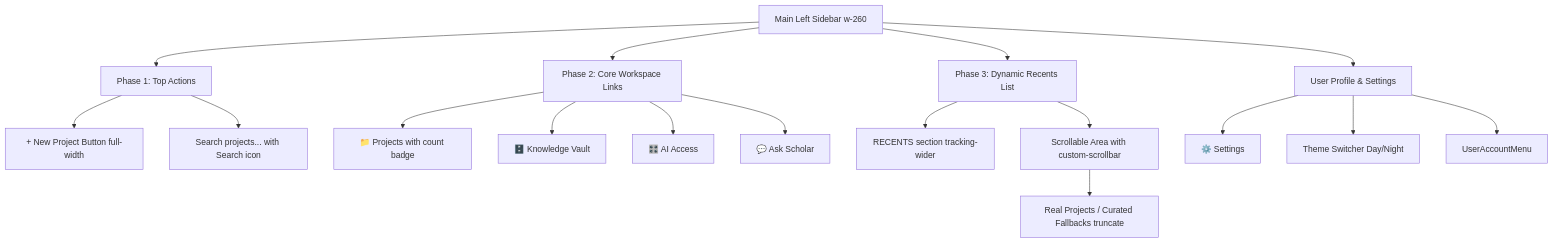
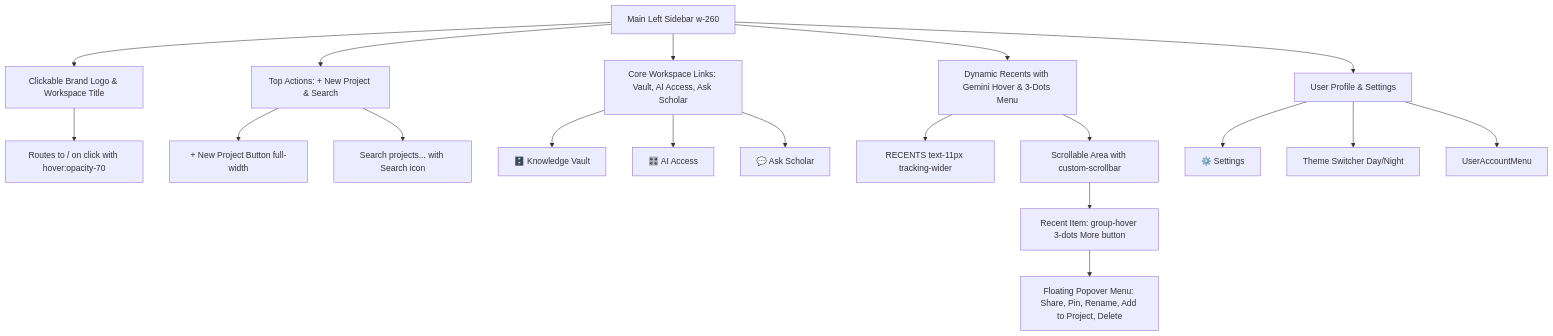
One commit to docgovinda-glitch/scholar-agentic-os changed the second of 2 diagrams in docs/ACCOUNT_SETTINGS_AND_NAVIGATION.md. Above: the diagram before and after it, drawn with Mermaid. The commit also changed other lines of this file and 10 other files, not shown here.

Commit message:
feat(sidebar): Gemini-style Recents hover menu, typography refinement, and clickable brand logo

````diff
--- a/docs/ACCOUNT_SETTINGS_AND_NAVIGATION.md
+++ b/docs/ACCOUNT_SETTINGS_AND_NAVIGATION.md
@@ -99,23 +99,25 @@
 ```mermaid
 graph TD
-    Sidebar[Main Left Sidebar w-260] --> TopActions[Phase 1: Top Actions]
-    Sidebar --> Library[Phase 2: Core Workspace Links]
-    Sidebar --> Recents[Phase 3: Dynamic Recents List]
+    Sidebar[Main Left Sidebar w-260] --> HeaderBrand[Clickable Brand Logo & Workspace Title]
+    Sidebar --> TopActions[Top Actions: + New Project & Search]
+    Sidebar --> Library[Core Workspace Links: Vault, AI Access, Ask Scholar]
+    Sidebar --> Recents[Dynamic Recents with Gemini Hover & 3-Dots Menu]
     Sidebar --> BottomActions[User Profile & Settings]
 
+    HeaderBrand --> HomeRoute[Routes to / on click with hover:opacity-70]
     TopActions --> NewProjectBtn[+ New Project Button full-width]
     TopActions --> SearchInput[Search projects... with Search icon]
 
-    Library --> ProjectsLink[📁 Projects with count badge]
     Library --> VaultLink[🗄️ Knowledge Vault]
     Library --> AiAccessLink[🎛️ AI Access]
     Library --> AskScholarLink[💬 Ask Scholar]
 
-    Recents --> RecentsHeading[RECENTS section tracking-wider]
+    Recents --> RecentsHeading[RECENTS text-11px tracking-wider]
     Recents --> RecentsScroll[Scrollable Area with custom-scrollbar]
-    RecentsScroll --> RecentItems[Real Projects / Curated Fallbacks truncate]
+    RecentsScroll --> RecentItem[Recent Item: group-hover 3-dots More button]
+    RecentItem --> PopoverMenu[Floating Popover Menu: Share, Pin, Rename, Add to Project, Delete]
 
     BottomActions --> SettingsBtn[⚙️ Settings]
     BottomActions --> ThemeToggle[Theme Switcher Day/Night]
     BottomActions --> UserMenu[UserAccountMenu]
 ```
````
